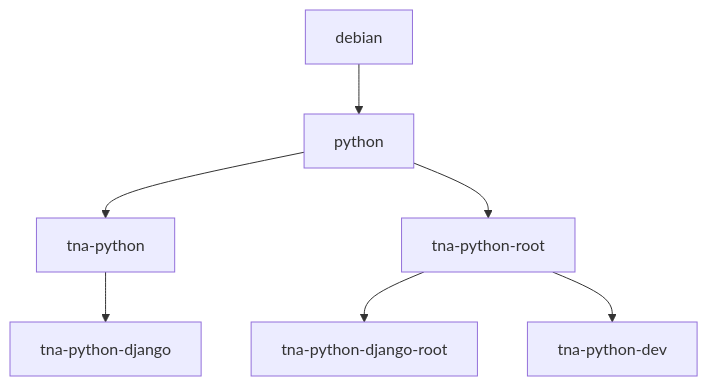
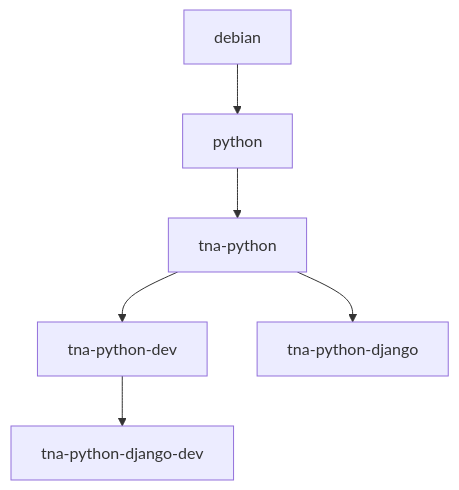
One commit to nationalarchives/docker changed the diagram in README.md. Above: the diagram before and after it, drawn with Mermaid. The commit also changed other lines of this file and 24 other files, not shown here.

````diff
--- a/README.md
+++ b/README.md
@@ -23,9 +23,8 @@
 ```mermaid
 graph TD;
     debian --> python;
     python --> tna-python;
-    python --> tna-python-root;
+    tna-python --> tna-python-dev;
     tna-python --> tna-python-django;
-    tna-python-root --> tna-python-django-root;
-    tna-python-root --> tna-python-dev;
+    tna-python-dev --> tna-python-django-dev;
 ```
````
